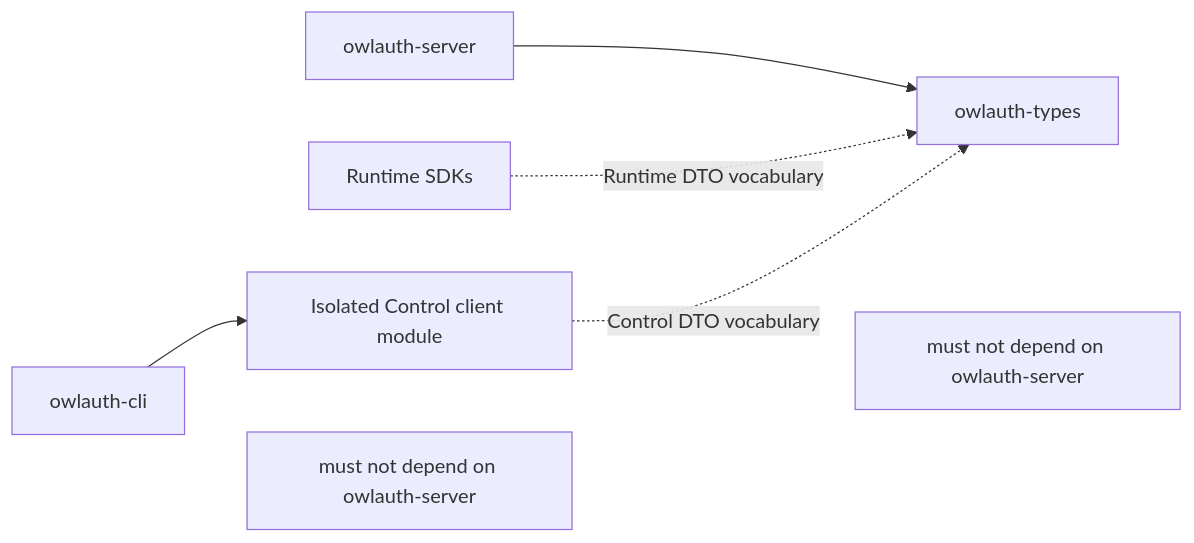
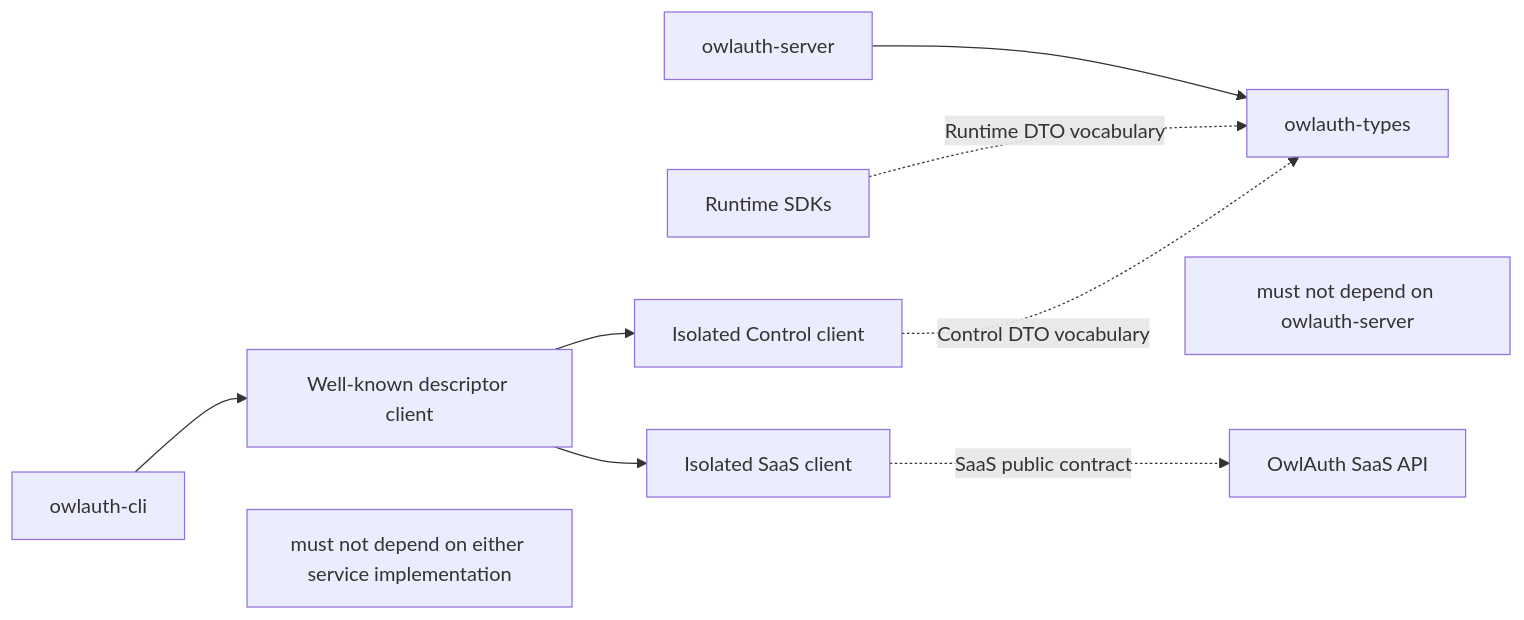
Before and after one commit to owlfoundry/owlauth: the second of 3 diagrams in spec/02-domain-and-crate-boundaries.md, drawn with Mermaid. The commit also changed other lines of this file and 123 other files, not shown here.

First line of the commit message:
feat(server+cli): establish service foundations and discovery

````diff
--- a/spec/02-domain-and-crate-boundaries.md
+++ b/spec/02-domain-and-crate-boundaries.md
@@ -58,10 +58,13 @@
 ```mermaid
 flowchart LR
     SERVER[owlauth-server] --> TYPES[owlauth-types]
     SDK[Runtime SDKs] -. Runtime DTO vocabulary .-> TYPES
-    CLI[owlauth-cli] --> CCLIENT[Isolated Control client module]
+    CLI[owlauth-cli] --> DISCOVERY[Well-known descriptor client]
+    DISCOVERY --> CCLIENT[Isolated Control client]
+    DISCOVERY --> SCLIENT[Isolated SaaS client]
     CCLIENT -. Control DTO vocabulary .-> TYPES
+    SCLIENT -. SaaS public contract .-> SAASAPI[OwlAuth SaaS API]
 
-    CLI ~~~ NO1["must not depend on owlauth-server"]
+    CLI ~~~ NO1["must not depend on either service implementation"]
     SDK ~~~ NO2["must not depend on owlauth-server"]
 ```
````
